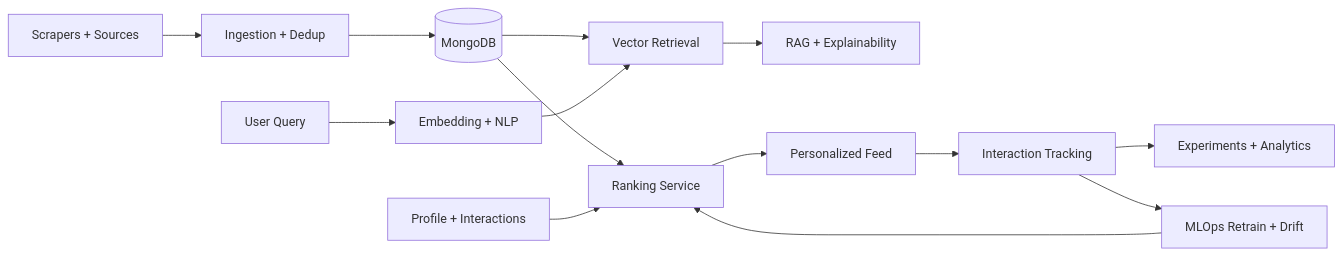
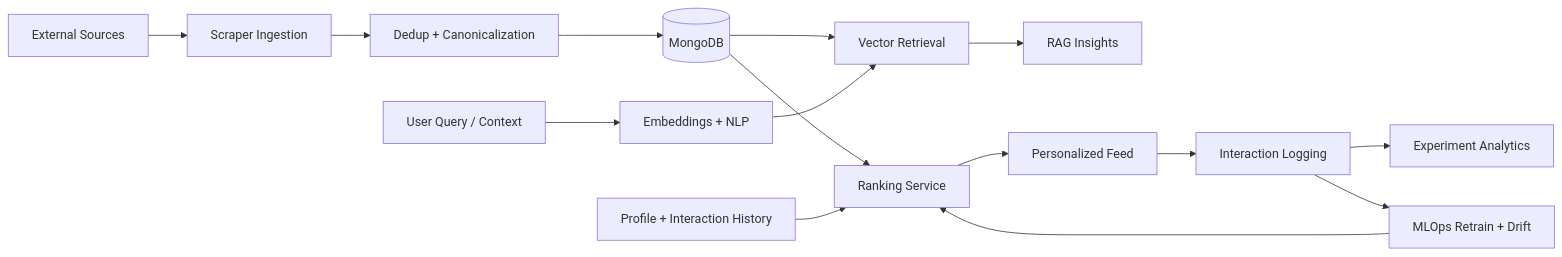
One commit to ankan00V/Ivy-League-Portal changed the diagram in README.md. Above: the diagram before and after it, drawn with Mermaid. The commit also changed other lines of this file, not shown here.

````diff
--- a/README.md
+++ b/README.md
@@ -65,19 +32,20 @@
 ```mermaid
 flowchart LR
-    A["Scrapers + Sources"] --> B["Ingestion + Dedup"]
-    B --> C[("MongoDB")]
+    A["External Sources"] --> B["Scraper Ingestion"]
+    B --> C["Dedup + Canonicalization"]
+    C --> D[("MongoDB")]
 
-    U["User Query"] --> D["Embedding + NLP"]
-    C --> E["Vector Retrieval"]
-    D --> E
-    E --> F["RAG + Explainability"]
+    U["User Query / Context"] --> E["Embeddings + NLP"]
+    D --> F["Vector Retrieval"]
+    E --> F
+    F --> G["RAG Insights"]
 
-    C --> G["Ranking Service"]
-    H["Profile + Interactions"] --> G
-    G --> I["Personalized Feed"]
+    D --> H["Ranking Service"]
+    I["Profile + Interaction History"] --> H
+    H --> J["Personalized Feed"]
 
-    I --> J["Interaction Tracking"]
-    J --> K["Experiments + Analytics"]
-    J --> L["MLOps Retrain + Drift"]
-    L --> G
+    J --> K["Interaction Logging"]
+    K --> L["Experiment Analytics"]
+    K --> M["MLOps Retrain + Drift"]
+    M --> H
 ```
````
